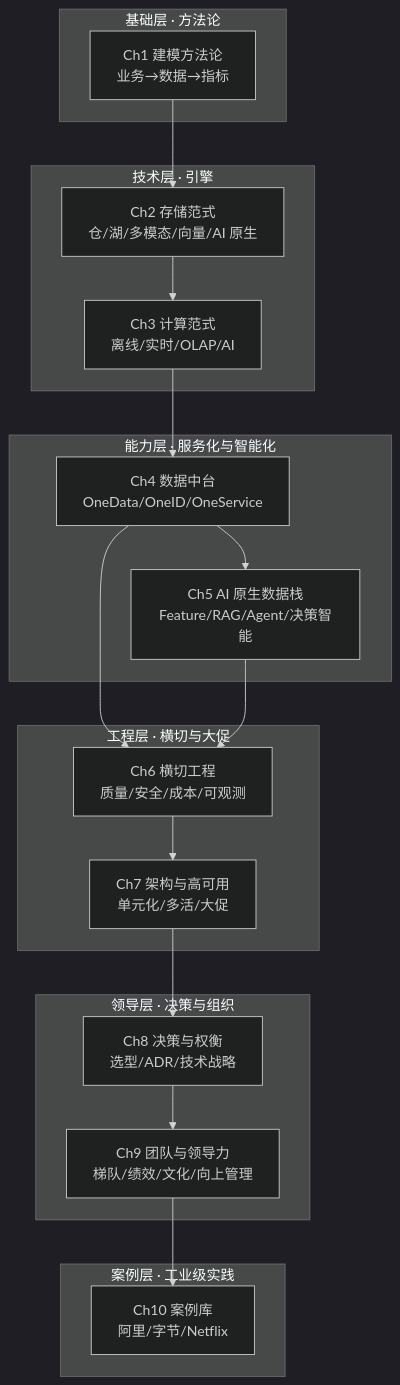
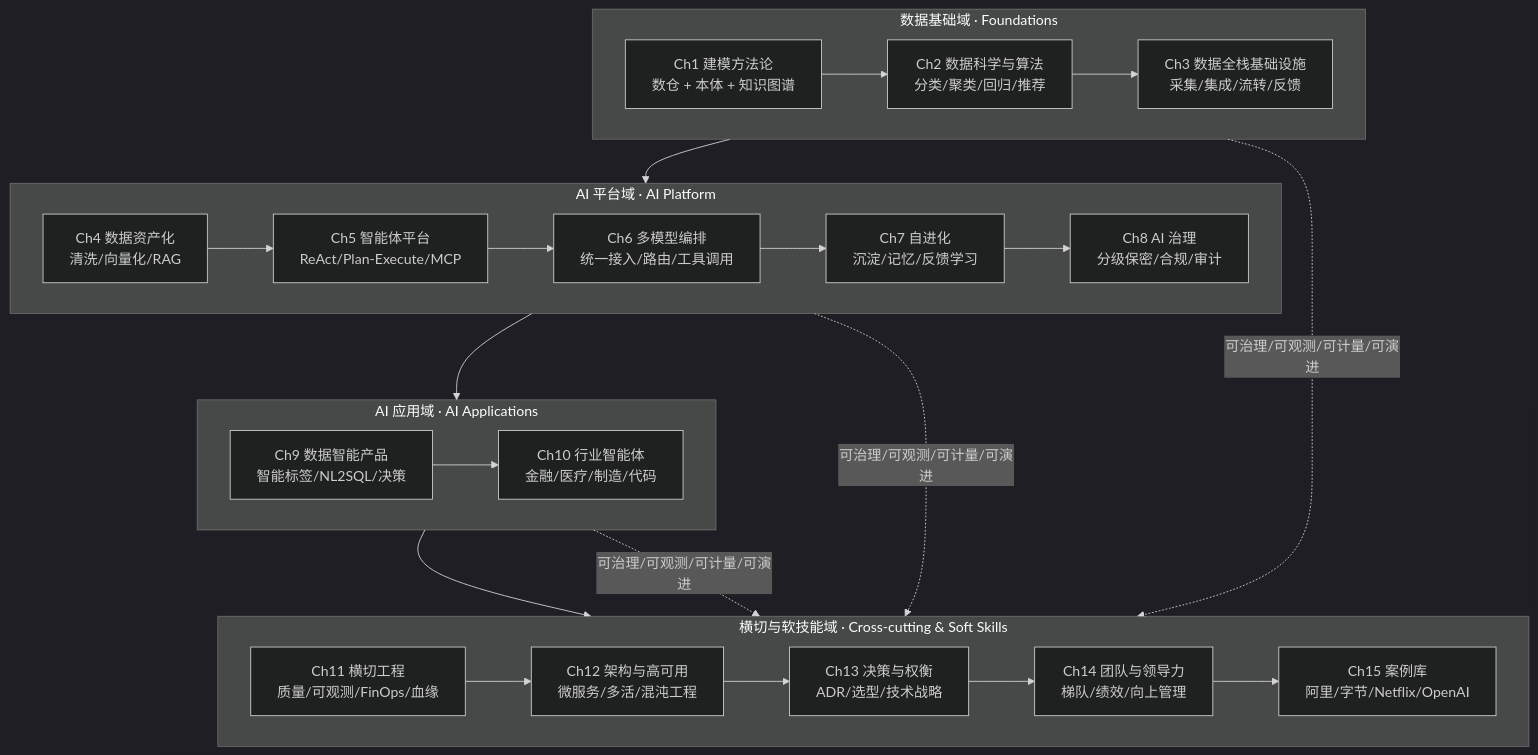
Before and after one commit to QuanhongDing/data-travel: the diagram in 00-introduction/README.md, drawn with Mermaid (dark theme). The commit also changed other lines of this file, not shown here.

````diff
--- a/00-introduction/README.md
+++ b/00-introduction/README.md
@@ -33,32 +41,41 @@
 ```mermaid
 flowchart TB
-  subgraph 基础层["基础层 · 方法论"]
-    A["Ch1 建模方法论<br/>业务→数据→指标"]
+  subgraph 基础["数据基础域 · Foundations"]
+    Ch1["Ch1 建模方法论<br/>数仓 + 本体 + 知识图谱"]
+    Ch2["Ch2 数据科学与算法<br/>分类/聚类/回归/推荐"]
+    Ch3["Ch3 数据全栈基础设施<br/>采集/集成/流转/反馈"]
+    Ch1 --> Ch2 --> Ch3
   end
-  subgraph 技术层["技术层 · 引擎"]
-    B["Ch2 存储范式<br/>仓/湖/多模态/向量/AI 原生"]
-    C["Ch3 计算范式<br/>离线/实时/OLAP/AI"]
+
+  subgraph 平台["AI 平台域 · AI Platform"]
+    Ch4["Ch4 数据资产化<br/>清洗/向量化/RAG"]
+    Ch5["Ch5 智能体平台<br/>ReAct/Plan-Execute/MCP"]
+    Ch6["Ch6 多模型编排<br/>统一接入/路由/工具调用"]
+    Ch7["Ch7 自进化<br/>沉淀/记忆/反馈学习"]
+    Ch8["Ch8 AI 治理<br/>分级保密/合规/审计"]
+    Ch4 --> Ch5 --> Ch6 --> Ch7 --> Ch8
   end
-  subgraph 能力层["能力层 · 服务化与智能化"]
-    D["Ch4 数据中台<br/>OneData/OneID/OneService"]
-    E["Ch5 AI 原生数据栈<br/>Feature/RAG/Agent/决策智能"]
+
+  subgraph 应用["AI 应用域 · AI Applications"]
+    Ch9["Ch9 数据智能产品<br/>智能标签/NL2SQL/决策"]
+    Ch10["Ch10 行业智能体<br/>金融/医疗/制造/代码"]
+    Ch9 --> Ch10
   end
-  subgraph 工程层["工程层 · 横切与大促"]
-    F["Ch6 横切工程<br/>质量/安全/成本/可观测"]
-    G["Ch7 架构与高可用<br/>单元化/多活/大促"]
+
+  subgraph 横切["横切与软技能域 · Cross-cutting & Soft Skills"]
+    Ch11["Ch11 横切工程<br/>质量/可观测/FinOps/血缘"]
+    Ch12["Ch12 架构与高可用<br/>微服务/多活/混沌工程"]
+    Ch13["Ch13 决策与权衡<br/>ADR/选型/技术战略"]
+    Ch14["Ch14 团队与领导力<br/>梯队/绩效/向上管理"]
+    Ch15["Ch15 案例库<br/>阿里/字节/Netflix/OpenAI"]
+    Ch11 --> Ch12 --> Ch13 --> Ch14 --> Ch15
   end
-  subgraph 领导层["领导层 · 决策与组织"]
-    H["Ch8 决策与权衡<br/>选型/ADR/技术战略"]
-    I["Ch9 团队与领导力<br/>梯队/绩效/文化/向上管理"]
-  end
-  subgraph 案例层["案例层 · 工业级实践"]
-    J["Ch10 案例库<br/>阿里/字节/Netflix"]
-  end
-  A --> B --> C --> D --> E
-  D --> F
-  E --> F
-  F --> G
-  G --> H
-  H --> I
-  I --> J
+
+  基础 --> 平台
+  平台 --> 应用
+  应用 --> 横切
+
+  基础 -.可治理/可观测/可计量/可演进.-> 横切
+  平台 -.可治理/可观测/可计量/可演进.-> 横切
+  应用 -.可治理/可观测/可计量/可演进.-> 横切
 ```
````
